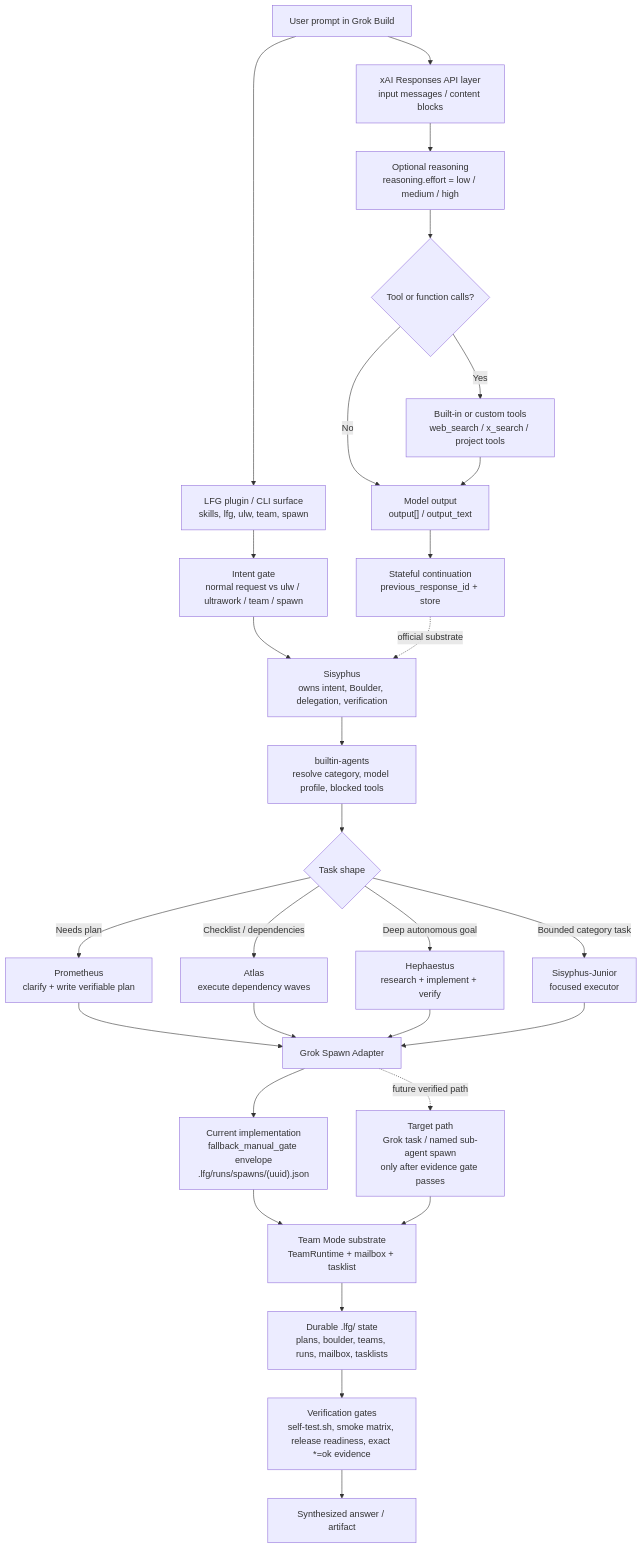
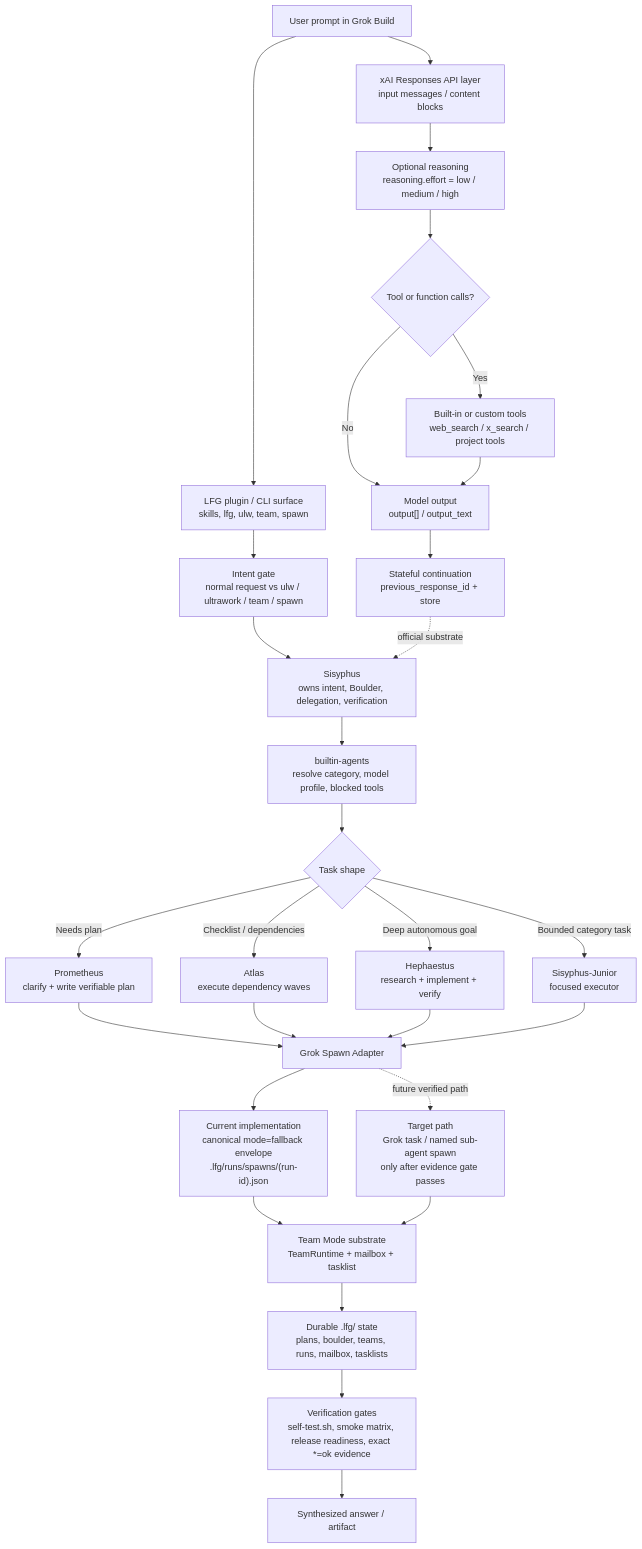
The diagram in docs/GROK-BUILD-PROMPT-STAGES.md (islee23520/lfg), drawn with Mermaid before and after one commit. The commit also changed other lines of this file and 74 other files, not shown here.

First line of the commit message:
refactor(lfg): complete migration to pure Python MCP plugin architecture

````diff
--- a/docs/GROK-BUILD-PROMPT-STAGES.md
+++ b/docs/GROK-BUILD-PROMPT-STAGES.md
@@ -15,35 +15,35 @@
 ```mermaid
 flowchart TD
     U["User prompt in Grok Build"] --> XAI_IN["xAI Responses API layer<br/>input messages / content blocks"]
     XAI_IN --> XAI_REASON["Optional reasoning<br/>reasoning.effort = low / medium / high"]
     XAI_REASON --> XAI_TOOLS{"Tool or function calls?"}
     XAI_TOOLS -->|Yes| XAI_TOOL_RUN["Built-in or custom tools<br/>web_search / x_search / project tools"]
     XAI_TOOLS -->|No| XAI_OUT["Model output<br/>output[] / output_text"]
     XAI_TOOL_RUN --> XAI_OUT
     XAI_OUT --> STATEFUL["Stateful continuation<br/>previous_response_id + store"]
 
     U --> LFG_ENTRY["LFG plugin / CLI surface<br/>skills, lfg, ulw, team, spawn"]
     LFG_ENTRY --> INTENT["Intent gate<br/>normal request vs ulw / ultrawork / team / spawn"]
     INTENT --> SIS["Sisyphus<br/>owns intent, Boulder, delegation, verification"]
     SIS --> POLICY["builtin-agents<br/>resolve category, model profile, blocked tools"]
     POLICY --> ROUTE{"Task shape"}
     ROUTE -->|Needs plan| PROM["Prometheus<br/>clarify + write verifiable plan"]
     ROUTE -->|Checklist / dependencies| ATLAS["Atlas<br/>execute dependency waves"]
     ROUTE -->|Deep autonomous goal| HEPH["Hephaestus<br/>research + implement + verify"]
     ROUTE -->|Bounded category task| JUNIOR["Sisyphus-Junior<br/>focused executor"]
 
     PROM --> SPAWN["Grok Spawn Adapter"]
     ATLAS --> SPAWN
     HEPH --> SPAWN
     JUNIOR --> SPAWN
-    SPAWN --> FALLBACK["Current implementation<br/>fallback_manual_gate envelope<br/>.lfg/runs/spawns/(uuid).json"]
+    SPAWN --> FALLBACK["Current implementation<br/>canonical mode=fallback envelope<br/>.lfg/runs/spawns/(run-id).json"]
     SPAWN -. future verified path .-> NATIVE["Target path<br/>Grok task / named sub-agent spawn<br/>only after evidence gate passes"]
 
     FALLBACK --> TEAM["Team Mode substrate<br/>TeamRuntime + mailbox + tasklist"]
     NATIVE --> TEAM
     TEAM --> DURABLE["Durable .lfg/ state<br/>plans, boulder, teams, runs, mailbox, tasklists"]
     DURABLE --> VERIFY["Verification gates<br/>self-test.sh, smoke matrix, release readiness, exact *=ok evidence"]
     VERIFY --> FINAL["Synthesized answer / artifact"]
 
     STATEFUL -. official substrate .-> SIS
 ```
````
